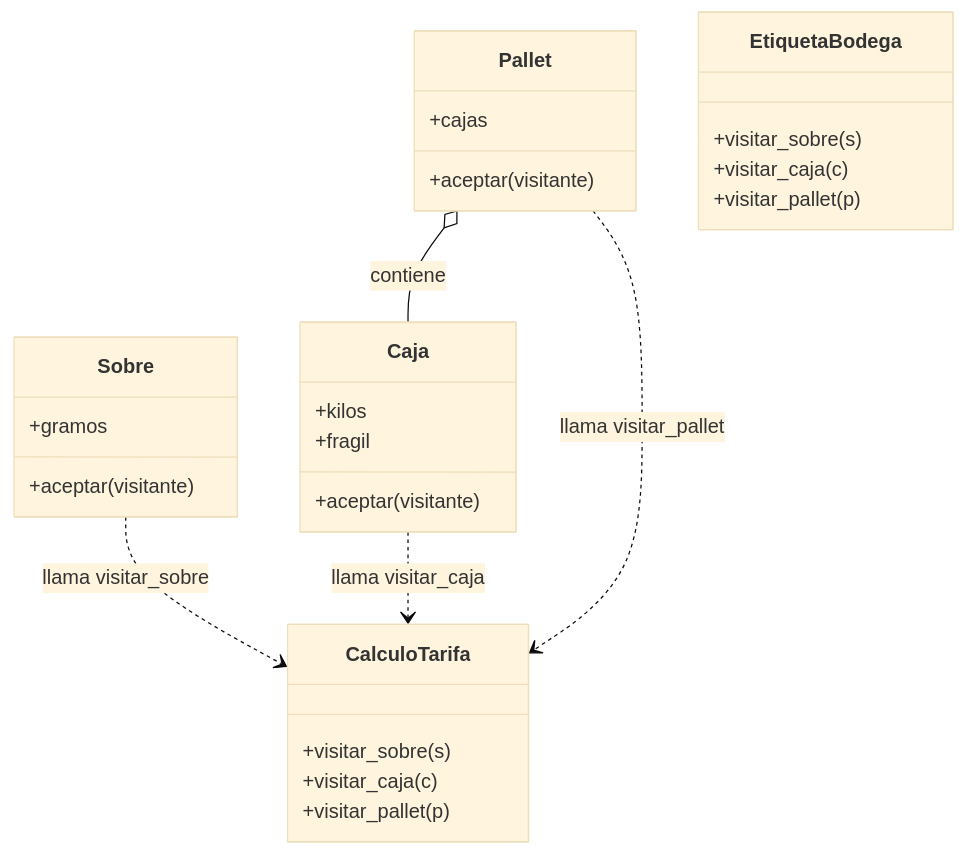
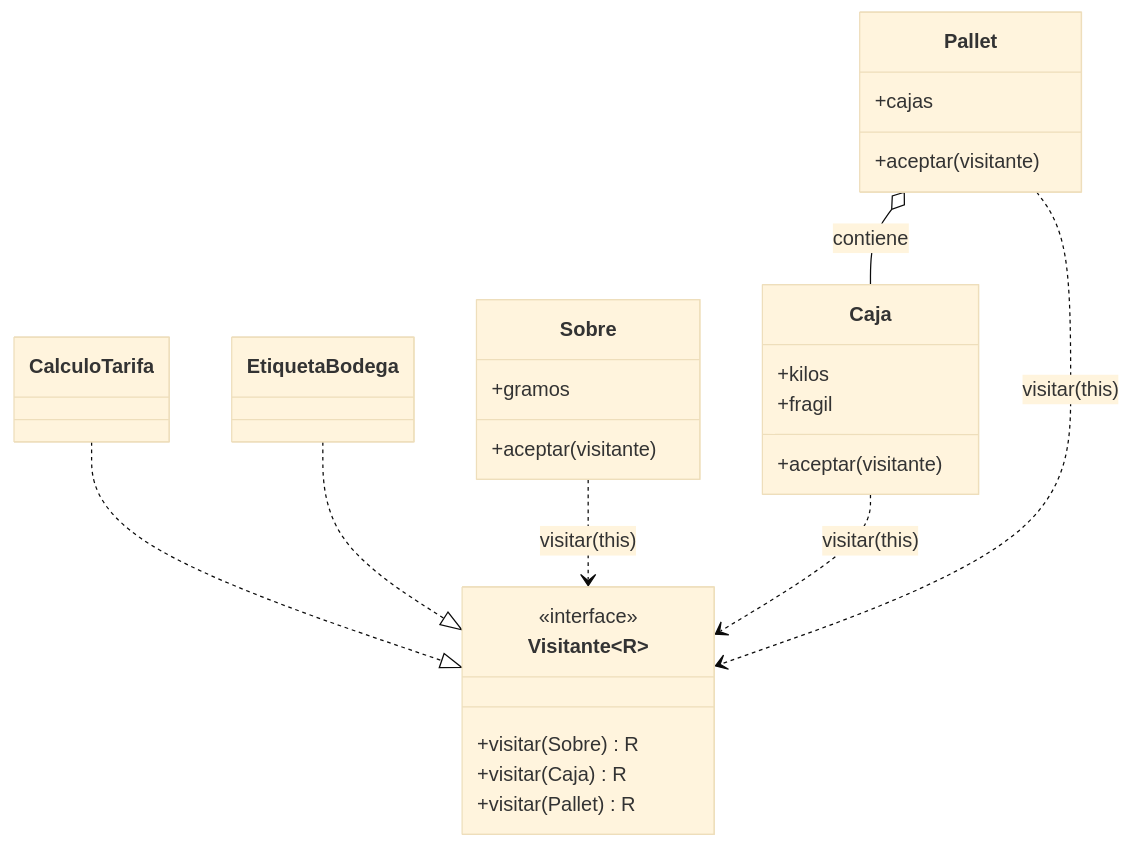
Before and after one commit to NICORUIZ93/The_Imperial_Book: the seventh of 8 diagrams in web/public/content/foundations/modulo-9.md, drawn with Mermaid (base theme). The commit also changed other lines of this file and 1 other file, not shown here.

````diff
--- a/web/public/content/foundations/modulo-9.md
+++ b/web/public/content/foundations/modulo-9.md
@@ -1910,30 +2279,28 @@
 ```mermaid
 classDiagram
+    class Visitante~R~ {
+      <<interface>>
+      +visitar(Sobre) R
+      +visitar(Caja) R
+      +visitar(Pallet) R
+    }
     class Sobre {
       +gramos
       +aceptar(visitante)
     }
     class Caja {
       +kilos
       +fragil
       +aceptar(visitante)
     }
     class Pallet {
       +cajas
       +aceptar(visitante)
     }
-    class CalculoTarifa {
-      +visitar_sobre(s)
-      +visitar_caja(c)
-      +visitar_pallet(p)
-    }
-    class EtiquetaBodega {
-      +visitar_sobre(s)
-      +visitar_caja(c)
-      +visitar_pallet(p)
-    }
-    Sobre ..> CalculoTarifa : llama visitar_sobre
-    Caja ..> CalculoTarifa : llama visitar_caja
-    Pallet ..> CalculoTarifa : llama visitar_pallet
+    CalculoTarifa ..|> Visitante~R~
+    EtiquetaBodega ..|> Visitante~R~
+    Sobre ..> Visitante~R~ : visitar(this)
+    Caja ..> Visitante~R~ : visitar(this)
+    Pallet ..> Visitante~R~ : visitar(this)
     Pallet o-- Caja : contiene
 ```
````
